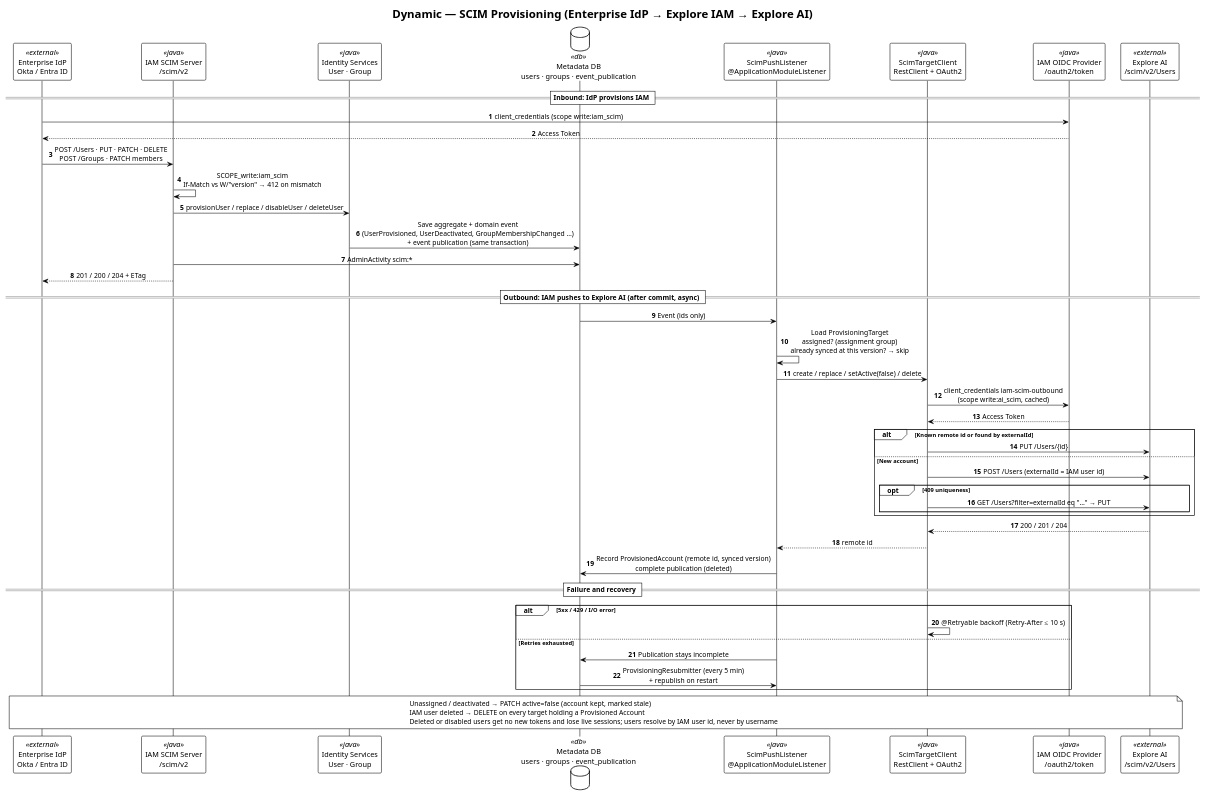
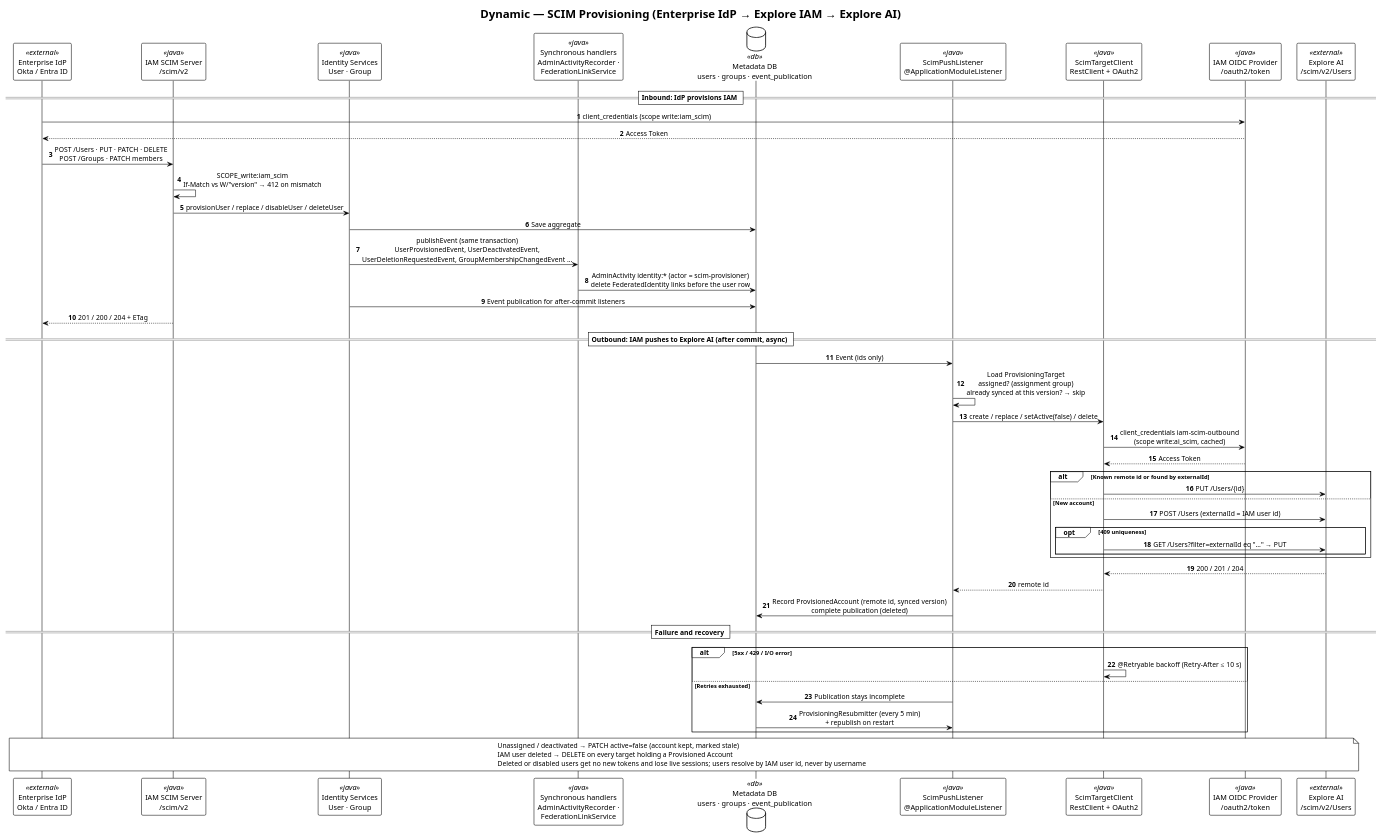
One commit to felixzhu97/explore-iam changed the diagram in docs/developer/c4-model/C4-Dynamic-ScimProvisioning.puml. Above: the diagram before and after it, drawn with PlantUML. The commit also changed 10 other files, not shown here.

First line of the commit message:
Show event-driven audit and federation cleanup in C4 (#128)

```diff
--- a/docs/developer/c4-model/C4-Dynamic-ScimProvisioning.puml
+++ b/docs/developer/c4-model/C4-Dynamic-ScimProvisioning.puml
@@ -1,61 +1,64 @@
 @startuml C4-Dynamic-ScimProvisioning
 !theme plain
 skinparam backgroundColor #FFFFFF
 skinparam shadowing false
 skinparam sequenceMessageAlign center
 
 title Dynamic — SCIM Provisioning (Enterprise IdP → Explore IAM → Explore AI)
 
 autonumber
 participant "Enterprise IdP\nOkta / Entra ID" as idp <<external>>
 participant "IAM SCIM Server\n/scim/v2" as scim <<java>>
 participant "Identity Services\nUser · Group" as identity <<java>>
+participant "Synchronous handlers\nAdminActivityRecorder ·\nFederationLinkService" as handlers <<java>>
 database "Metadata DB\nusers · groups · event_publication" as db <<db>>
 participant "ScimPushListener\n@ApplicationModuleListener" as listener <<java>>
 participant "ScimTargetClient\nRestClient + OAuth2" as client <<java>>
 participant "IAM OIDC Provider\n/oauth2/token" as token <<java>>
 participant "Explore AI\n/scim/v2/Users" as ai <<external>>
 
 == Inbound: IdP provisions IAM ==
 idp -> token: client_credentials (scope write:iam_scim)
 token --> idp: Access Token
 idp -> scim: POST /Users · PUT · PATCH · DELETE\nPOST /Groups · PATCH members
 scim -> scim: SCOPE_write:iam_scim\nIf-Match vs W/"version" → 412 on mismatch
 scim -> identity: provisionUser / replace / disableUser / deleteUser
-identity -> db: Save aggregate + domain event\n(UserProvisioned, UserDeactivated, GroupMembershipChanged …)\n+ event publication (same transaction)
-scim -> db: AdminActivity scim:*
+identity -> db: Save aggregate
+identity -> handlers: publishEvent (same transaction)\nUserProvisionedEvent, UserDeactivatedEvent,\nUserDeletionRequestedEvent, GroupMembershipChangedEvent …
+handlers -> db: AdminActivity identity:* (actor = scim-provisioner)\ndelete FederatedIdentity links before the user row
+identity -> db: Event publication for after-commit listeners
 scim --> idp: 201 / 200 / 204 + ETag
 
 == Outbound: IAM pushes to Explore AI (after commit, async) ==
 db -> listener: Event (ids only)
 listener -> listener: Load ProvisioningTarget\nassigned? (assignment group)\nalready synced at this version? → skip
 listener -> client: create / replace / setActive(false) / delete
 client -> token: client_credentials iam-scim-outbound\n(scope write:ai_scim, cached)
 token --> client: Access Token
 alt Known remote id or found by externalId
   client -> ai: PUT /Users/{id}
 else New account
   client -> ai: POST /Users (externalId = IAM user id)
   opt 409 uniqueness
     client -> ai: GET /Users?filter=externalId eq "…" → PUT
   end
 end
 ai --> client: 200 / 201 / 204
 client --> listener: remote id
 listener -> db: Record ProvisionedAccount (remote id, synced version)\ncomplete publication (deleted)
 
 == Failure and recovery ==
 alt 5xx / 429 / I/O error
   client -> client: @Retryable backoff (Retry-After ≤ 10 s)
 else Retries exhausted
   listener -> db: Publication stays incomplete
   db -> listener: ProvisioningResubmitter (every 5 min)\n+ republish on restart
 end
 
 note over idp, ai
   Unassigned / deactivated → PATCH active=false (account kept, marked stale)
   IAM user deleted → DELETE on every target holding a Provisioned Account
   Deleted or disabled users get no new tokens and lose live sessions; users resolve by IAM user id, never by username
 end note
 
 @enduml
```
